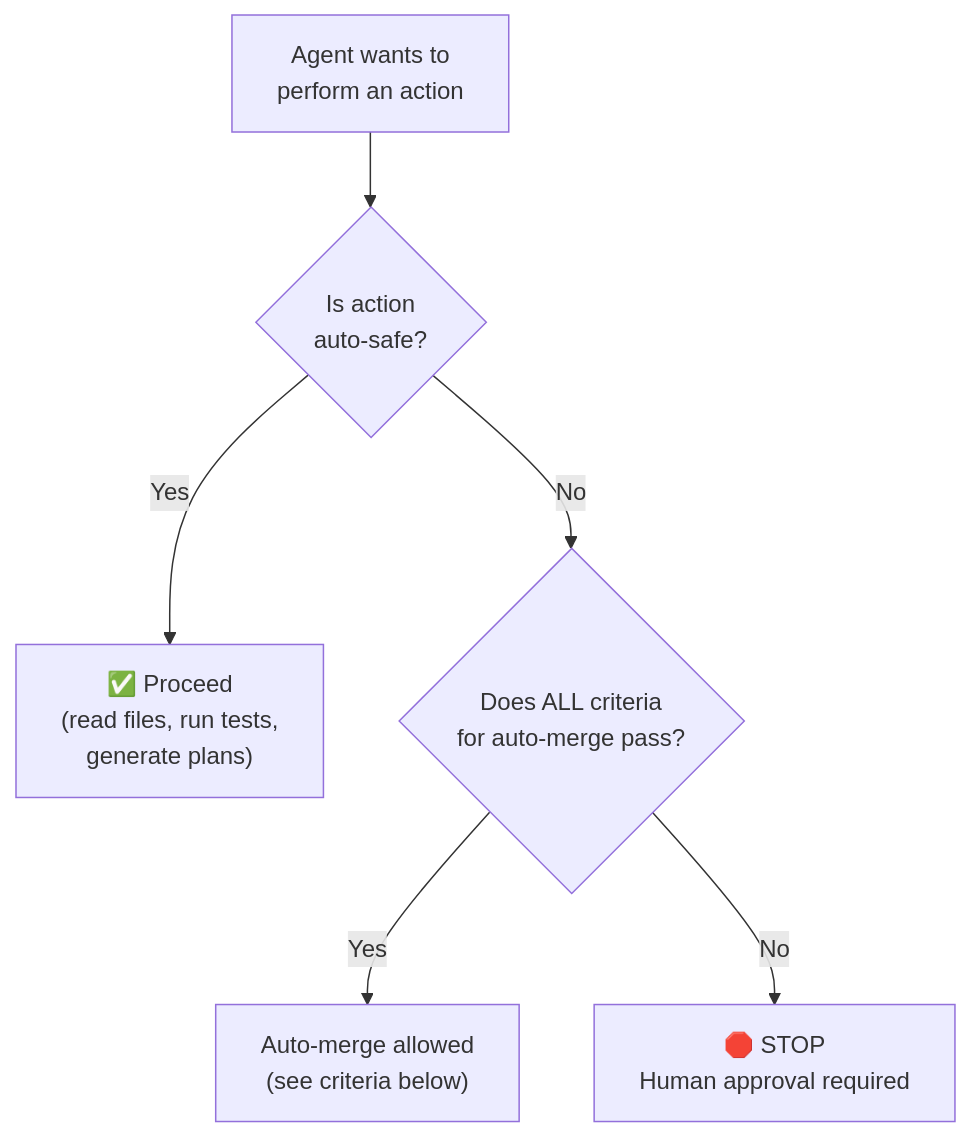
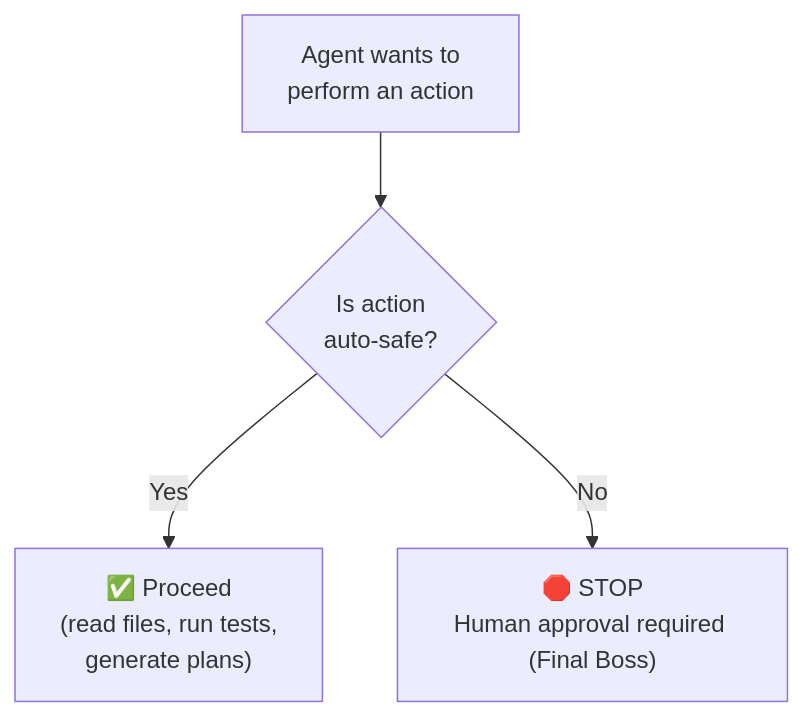
The diagram in .agents/rules/rule-hitl-enforcement.md (tamld/defend-in-depth), drawn with Mermaid before and after one commit. The commit also changed other lines of this file and 31 other files, not shown here.

First line of the commit message:
feat(v0.4): HITL review guard + governance hardening — Human is Final Gate (#3)

````diff
--- a/.agents/rules/rule-hitl-enforcement.md
+++ b/.agents/rules/rule-hitl-enforcement.md
@@ -20,8 +20,6 @@
 ```mermaid
 flowchart TD
     ACTION["Agent wants to\nperform an action"] --> Q1{"Is action\nauto-safe?"}
     Q1 -->|"Yes"| AUTO["✅ Proceed\n(read files, run tests,\ngenerate plans)"]
-    Q1 -->|"No"| Q2{"Does ALL criteria\nfor auto-merge pass?"}
-    Q2 -->|"Yes"| CONDITIONAL["Auto-merge allowed\n(see criteria below)"]
-    Q2 -->|"No"| HUMAN["🛑 STOP\nHuman approval required"]
+    Q1 -->|"No"| HUMAN["🛑 STOP\nHuman approval required (Final Boss)"]
 ```
````
